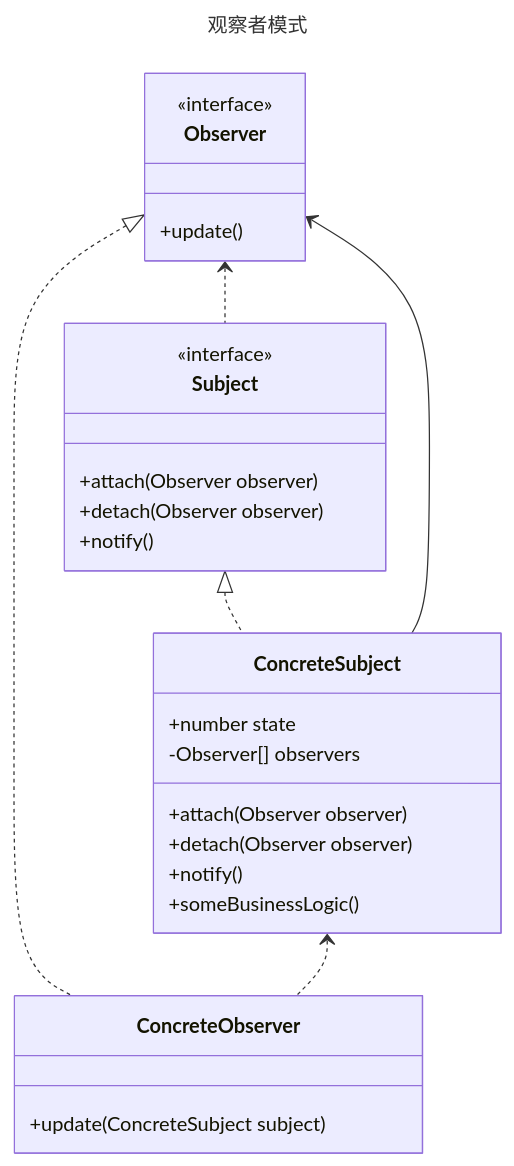
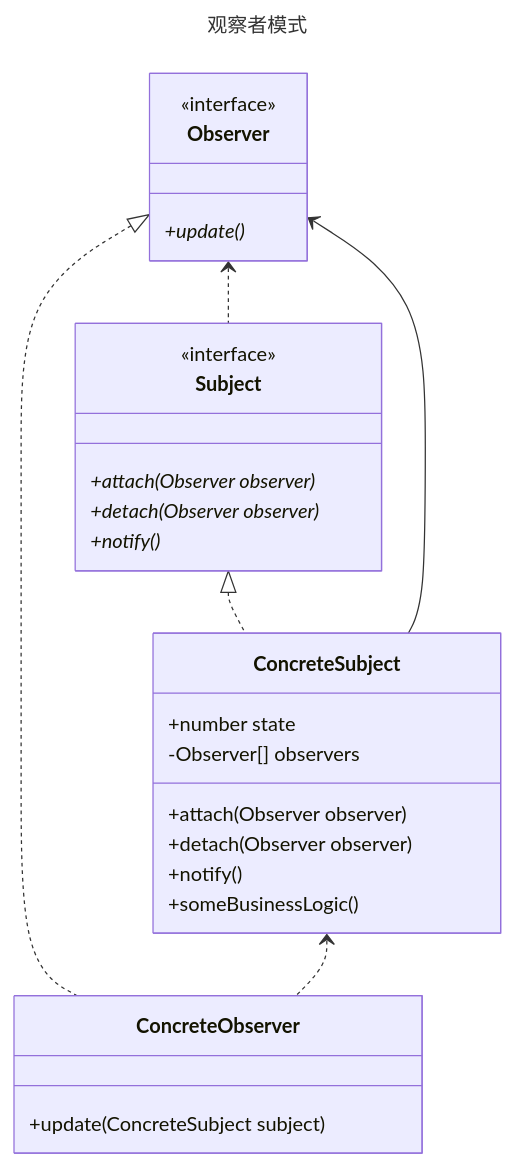
One commit to fengyun89/typescript-design-patterns changed the diagram in observer/README.md. Above: the diagram before and after it, drawn with Mermaid. The commit also changed 17 other files, not shown here.

````diff
--- a/observer/README.md
+++ b/observer/README.md
@@ -1,32 +1,32 @@
 ```mermaid
 ---
 title: 观察者模式
 ---
 classDiagram
     class Observer{
         <<interface>>
-        +update()
+        +update()*
     }
     class ConcreteObserver {
         +update(ConcreteSubject subject)
     }
     class Subject{
         <<interface>>
-        +attach(Observer observer)
-        +detach(Observer observer)
-        +notify()
+        +attach(Observer observer)*
+        +detach(Observer observer)*
+        +notify()*
     }
     class ConcreteSubject {
         +number state
         -Observer[] observers
         +attach(Observer observer)
         +detach(Observer observer)
         +notify()
         +someBusinessLogic()
     }
     Observer <|.. ConcreteObserver 
     Subject <|.. ConcreteSubject 
     Observer <.. Subject 
     ConcreteSubject <.. ConcreteObserver 
     Observer <-- ConcreteSubject
 ```
````
